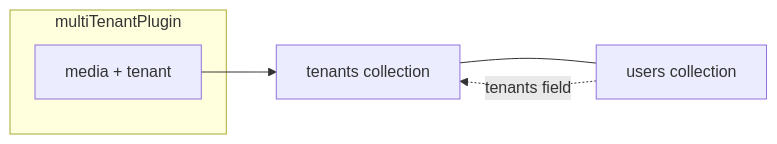
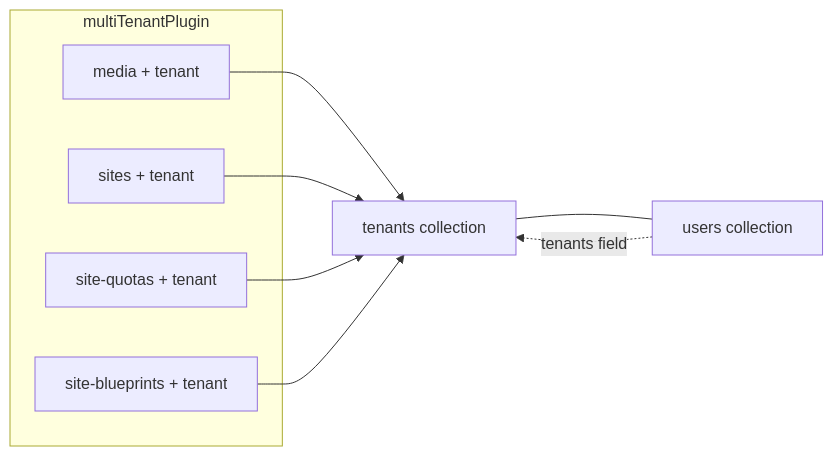
Before and after one commit to Begin-Source/payload-1: the diagram in admin_集合与菜单清单_b67b5100.plan.md, drawn with Mermaid. The commit also changed other lines of this file and 9 other files, not shown here.

First line of the commit message:
feat(phase-b): sites, site-quotas, site-blueprints + D1 migration

````diff
--- a/admin_集合与菜单清单_b67b5100.plan.md
+++ b/admin_集合与菜单清单_b67b5100.plan.md
@@ -73,11 +78,17 @@
 ```mermaid
 flowchart LR
   subgraph plugin [multiTenantPlugin]
     Media[media + tenant]
+    Sites[sites + tenant]
+    Quotas[site-quotas + tenant]
+    Blueprints[site-blueprints + tenant]
   end
   Tenants[tenants collection]
   Users[users collection]
   Tenants --- Users
   Users -. tenants field .-> Tenants
   Media --> Tenants
+  Sites --> Tenants
+  Quotas --> Tenants
+  Blueprints --> Tenants
 ```
````
